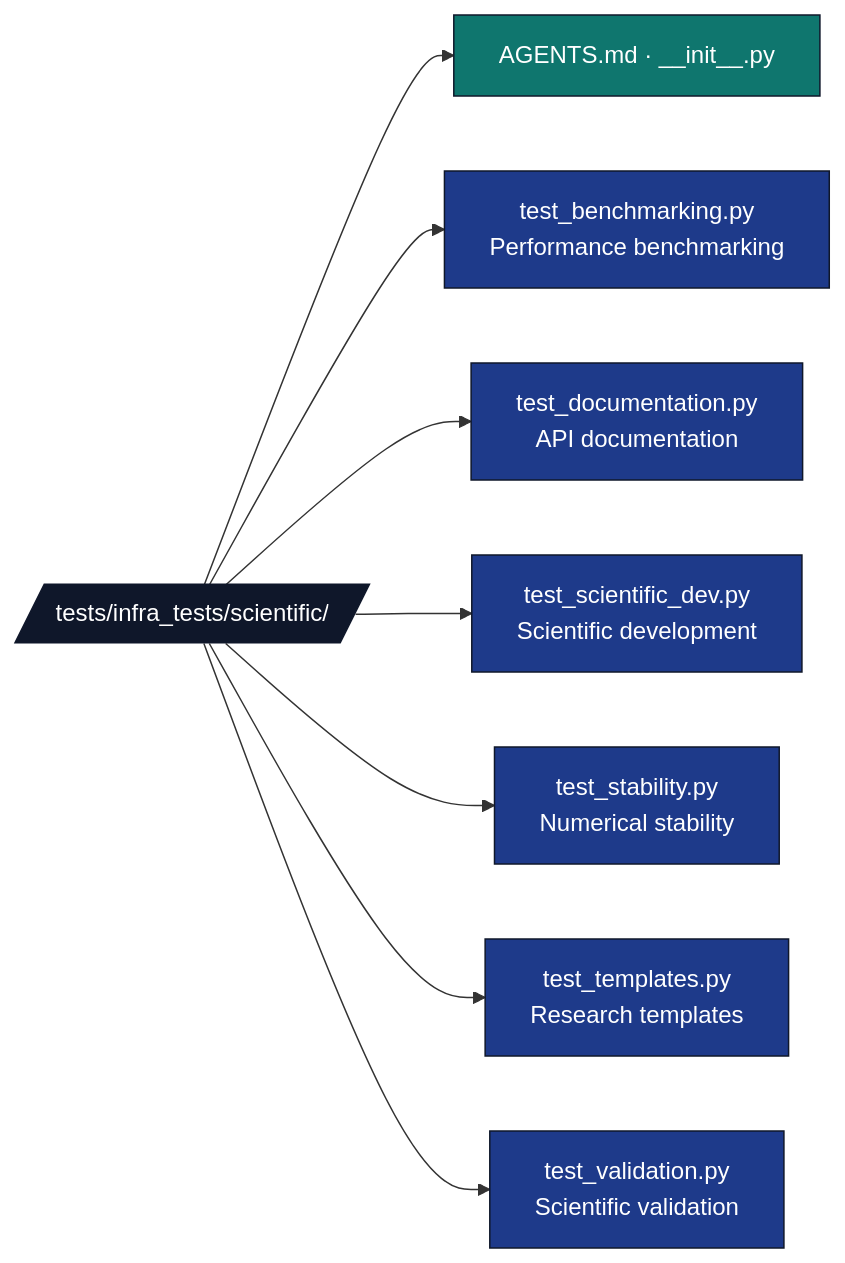
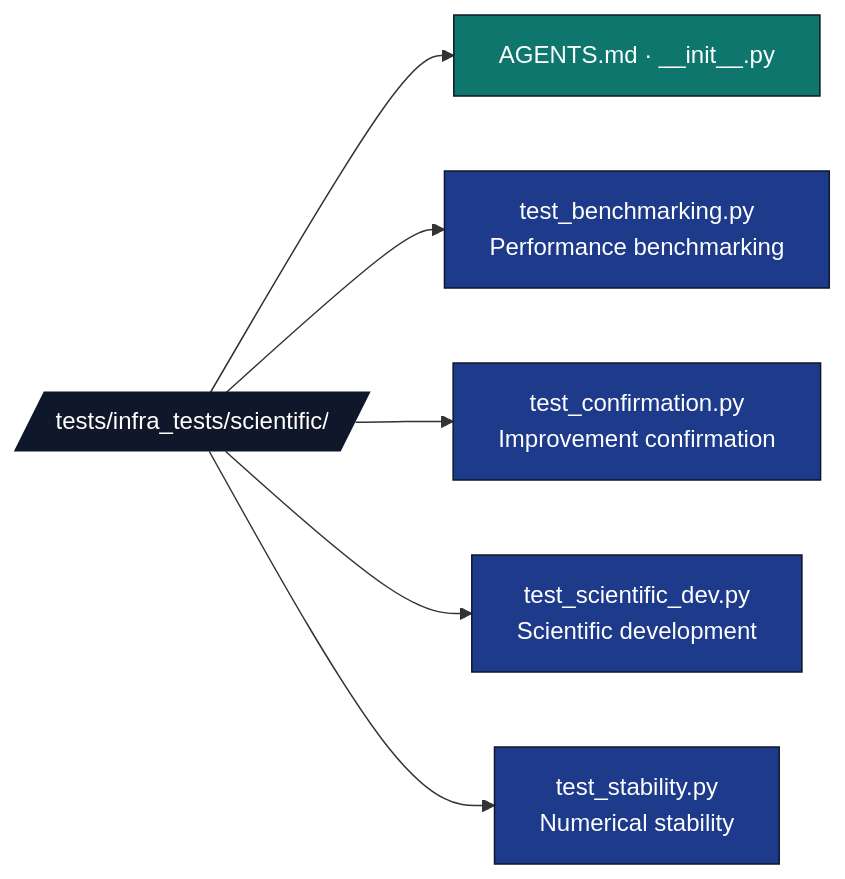
Before and after one commit to docxology/template: the diagram in tests/infra_tests/scientific/AGENTS.md, drawn with Mermaid. The commit also changed other lines of this file and 33 other files, not shown here.

````diff
--- a/tests/infra_tests/scientific/AGENTS.md
+++ b/tests/infra_tests/scientific/AGENTS.md
@@ -9,18 +11,16 @@
 ```mermaid
 flowchart LR
     T[/tests/infra_tests/scientific//]
     T --> META[AGENTS.md · __init__.py]
     T --> BEN[test_benchmarking.py<br/>Performance benchmarking]
-    T --> DOC[test_documentation.py<br/>API documentation]
+    T --> CONF[test_confirmation.py<br/>Improvement confirmation]
     T --> DEV[test_scientific_dev.py<br/>Scientific development]
     T --> STAB[test_stability.py<br/>Numerical stability]
-    T --> TPL[test_templates.py<br/>Research templates]
-    T --> VAL[test_validation.py<br/>Scientific validation]
 
     classDef d fill:#0f172a,stroke:#0f172a,color:#fff
     classDef test fill:#1e3a8a,stroke:#0f172a,color:#fff
     classDef doc fill:#0f766e,stroke:#0f172a,color:#fff
     class T d
-    class BEN,DOC,DEV,STAB,TPL,VAL test
+    class BEN,CONF,DEV,STAB test
     class META doc
 ```
````
